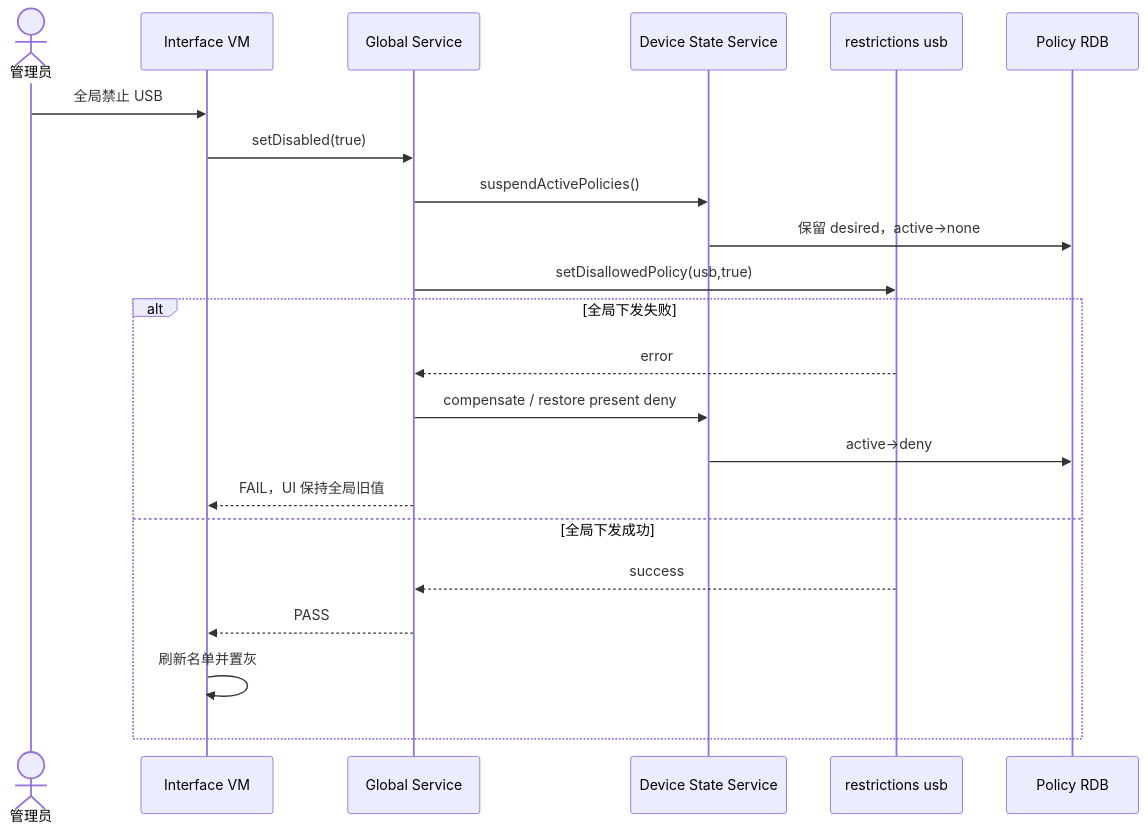
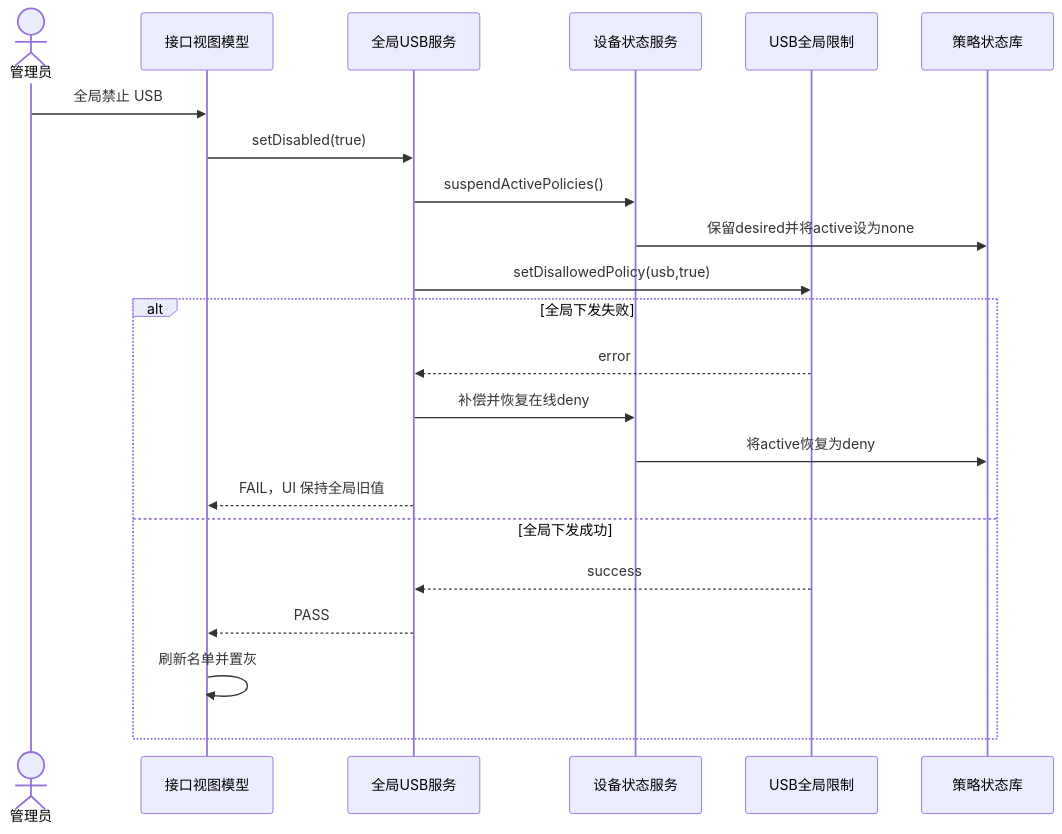
Before and after one commit to xiaomu120413/harmonyos-sdd-ralph-workshop: the second of 2 diagrams in case-materials/mdm/02-方案推导与决策记录.md, drawn with Mermaid. The commit also changed other lines of this file and 7 other files, not shown here.

````diff
--- a/case-materials/mdm/02-方案推导与决策记录.md
+++ b/case-materials/mdm/02-方案推导与决策记录.md
@@ -161,25 +161,25 @@
 ```mermaid
 sequenceDiagram
   actor U as 管理员
-  participant VM as Interface VM
-  participant G as Global Service
-  participant S as Device State Service
-  participant R as restrictions usb
-  participant P as Policy RDB
+  participant VM as 接口视图模型
+  participant G as 全局USB服务
+  participant S as 设备状态服务
+  participant R as USB全局限制
+  participant P as 策略状态库
 
   U->>VM: 全局禁止 USB
   VM->>G: setDisabled(true)
   G->>S: suspendActivePolicies()
-  S->>P: 保留 desired，active→none
+  S->>P: 保留desired并将active设为none
   G->>R: setDisallowedPolicy(usb,true)
   alt 全局下发失败
     R-->>G: error
-    G->>S: compensate / restore present deny
-    S->>P: active→deny
+    G->>S: 补偿并恢复在线deny
+    S->>P: 将active恢复为deny
     G-->>VM: FAIL，UI 保持全局旧值
   else 全局下发成功
     R-->>G: success
     G-->>VM: PASS
     VM->>VM: 刷新名单并置灰
   end
 ```
````
